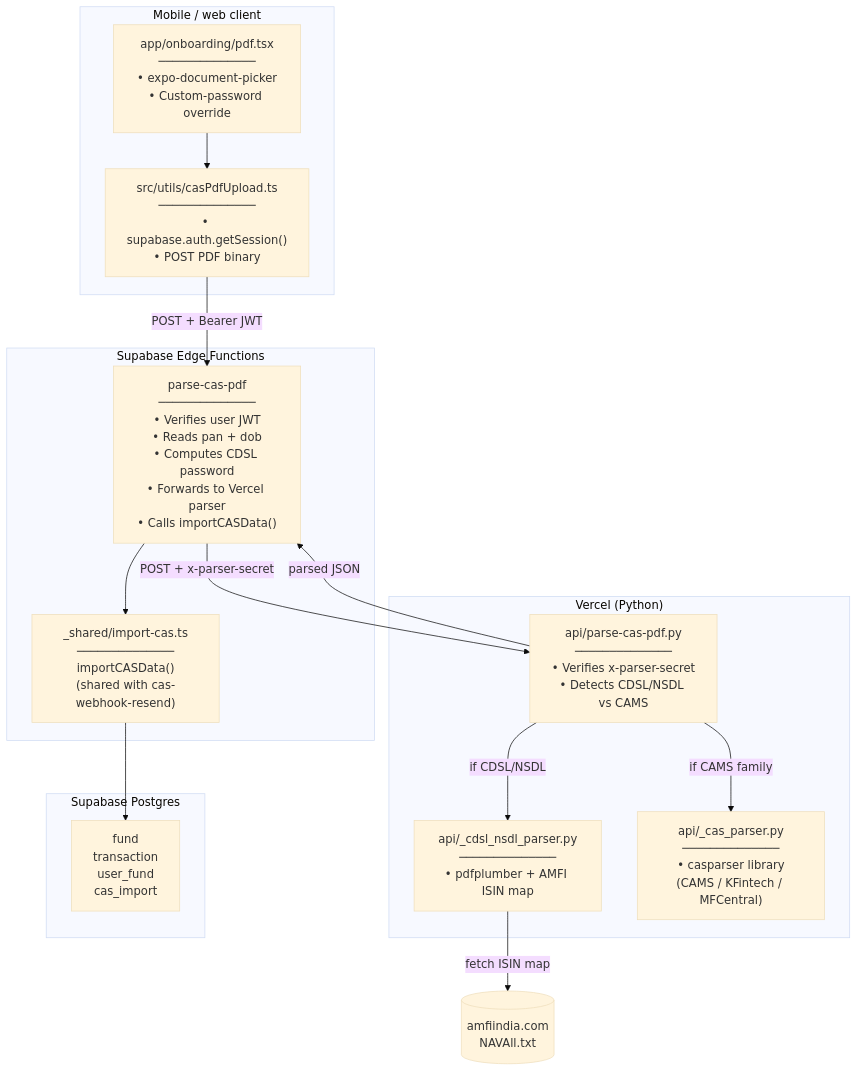
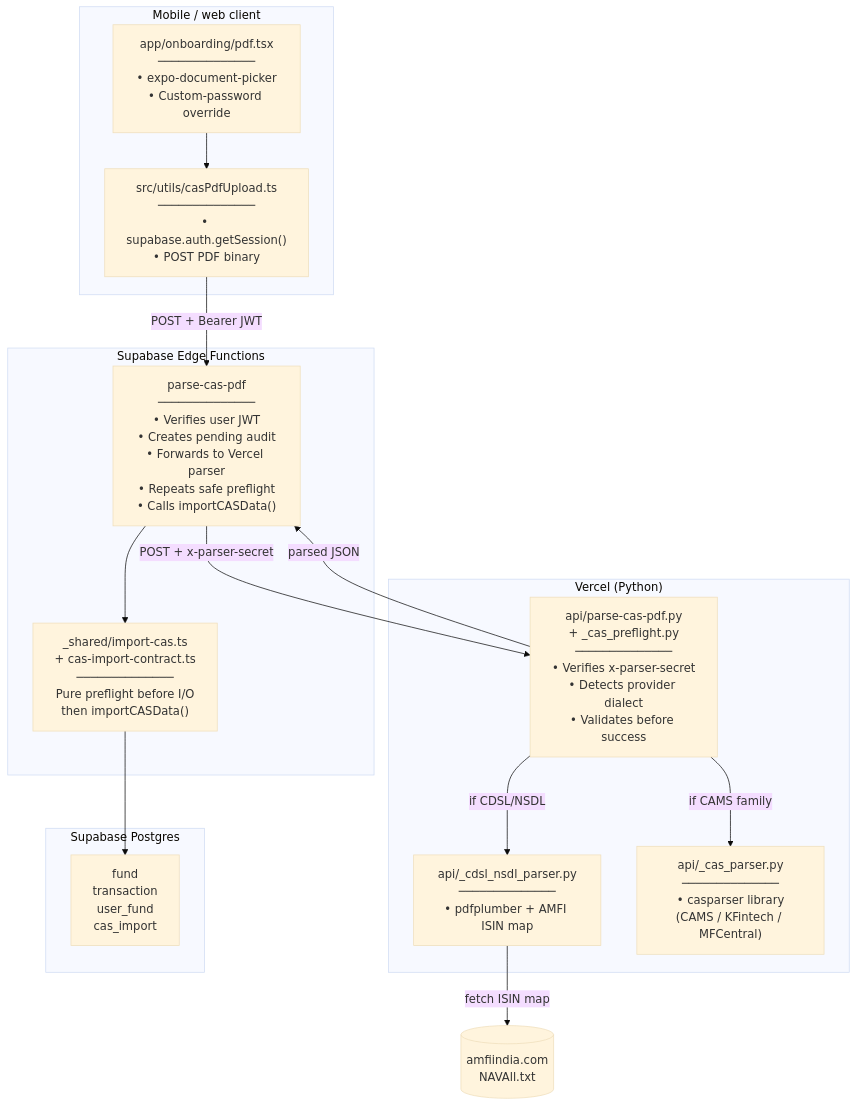
One commit to himanshu4141/FolioLens changed the first of 2 diagrams in docs/architecture/cas-upload-flow.md. Above: the diagram before and after it, drawn with Mermaid (base theme). The commit also changed other lines of this file and 17 other files, not shown here.

````diff
--- a/docs/architecture/cas-upload-flow.md
+++ b/docs/architecture/cas-upload-flow.md
@@ -7,32 +7,32 @@
 ```mermaid
 graph TB
   subgraph Client["Mobile / web client"]
     pdf_screen["app/onboarding/pdf.tsx<br/>──────────────<br/>• expo-document-picker<br/>• Custom-password override"]
     upload_util["src/utils/casPdfUpload.ts<br/>──────────────<br/>• supabase.auth.getSession()<br/>• POST PDF binary"]
   end
 
   subgraph SupabaseEdge["Supabase Edge Functions"]
-    parse_edge["parse-cas-pdf<br/>──────────────<br/>• Verifies user JWT<br/>• Reads pan + dob<br/>• Computes CDSL password<br/>• Forwards to Vercel parser<br/>• Calls importCASData()"]
-    shared["_shared/import-cas.ts<br/>──────────────<br/>importCASData()<br/>(shared with cas-webhook-resend)"]
+    parse_edge["parse-cas-pdf<br/>──────────────<br/>• Verifies user JWT<br/>• Creates pending audit<br/>• Forwards to Vercel parser<br/>• Repeats safe preflight<br/>• Calls importCASData()"]
+    shared["_shared/import-cas.ts<br/>+ cas-import-contract.ts<br/>──────────────<br/>Pure preflight before I/O<br/>then importCASData()"]
   end
 
   subgraph Vercel["Vercel (Python)"]
-    parser["api/parse-cas-pdf.py<br/>──────────────<br/>• Verifies x-parser-secret<br/>• Detects CDSL/NSDL vs CAMS"]
+    parser["api/parse-cas-pdf.py<br/>+ _cas_preflight.py<br/>──────────────<br/>• Verifies x-parser-secret<br/>• Detects provider dialect<br/>• Validates before success"]
     cdsl["api/_cdsl_nsdl_parser.py<br/>──────────────<br/>• pdfplumber + AMFI ISIN map"]
     casparser["api/_cas_parser.py<br/>──────────────<br/>• casparser library<br/>(CAMS / KFintech / MFCentral)"]
   end
 
   subgraph SupabaseDb["Supabase Postgres"]
     db["fund<br/>transaction<br/>user_fund<br/>cas_import"]
   end
 
   pdf_screen --> upload_util
   upload_util -- "POST + Bearer JWT" --> parse_edge
   parse_edge -- "POST + x-parser-secret" --> parser
   parser -- "if CDSL/NSDL" --> cdsl
   parser -- "if CAMS family" --> casparser
   cdsl -- "fetch ISIN map" --> amfi[("amfiindia.com<br/>NAVAll.txt")]
   parser -- "parsed JSON" --> parse_edge
   parse_edge --> shared
   shared --> db
 ```
````
